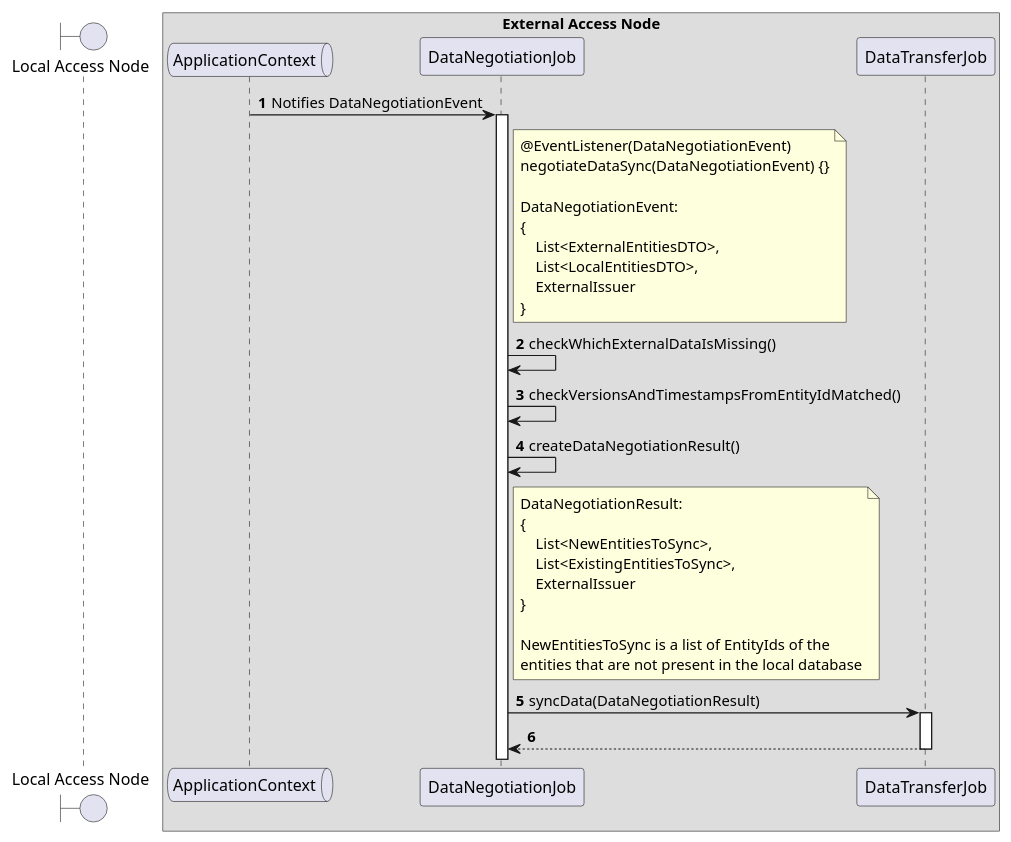
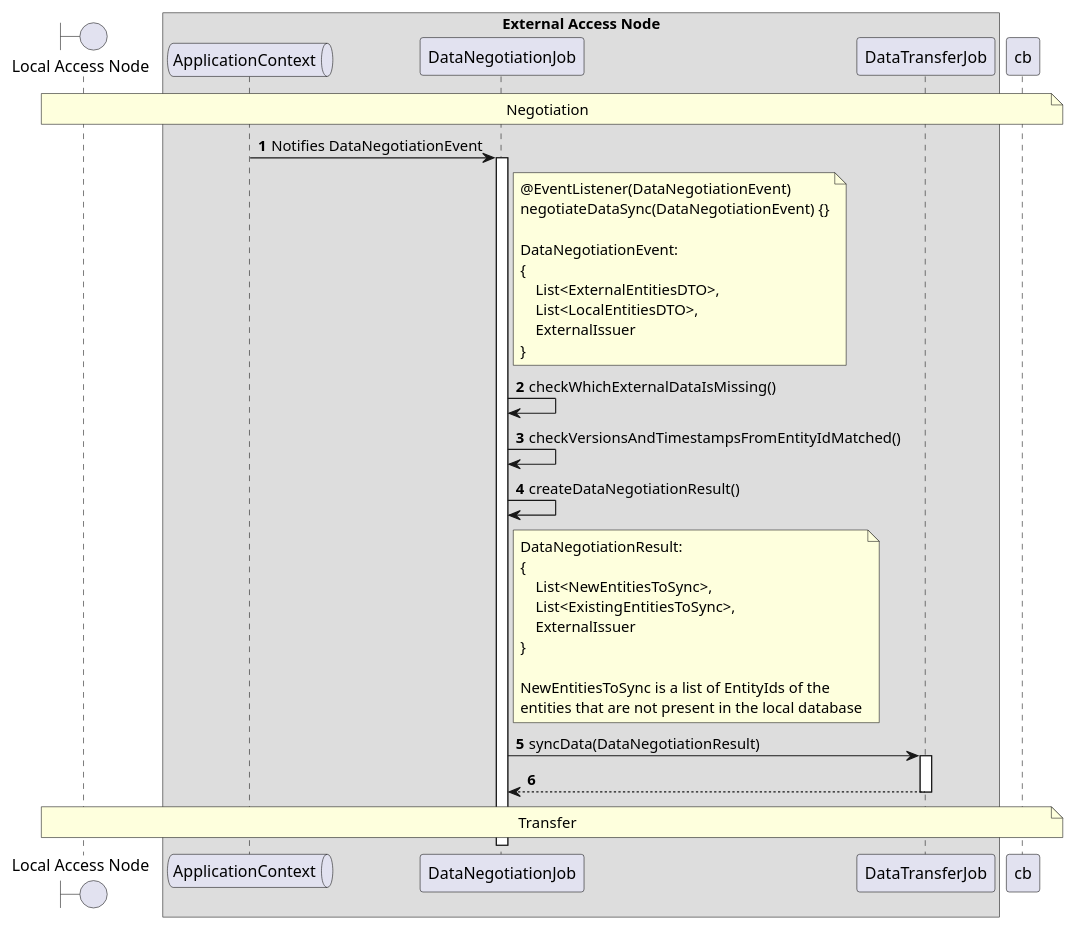
Before and after one commit to in2workspace/in2-guides: the diagram in desmos-tech-doc/diagrams/use-case-data-synchronization-3-external_negotiation_2.puml, drawn with PlantUML. The commit also changed 7 other files, not shown here.

```diff
--- a/desmos-tech-doc/diagrams/use-case-data-synchronization-3-external_negotiation_2.puml
+++ b/desmos-tech-doc/diagrams/use-case-data-synchronization-3-external_negotiation_2.puml
@@ -1,55 +1,62 @@
 @startuml
 'https://plantuml.com/sequence-diagram
 
 '---------- Config ----------------
 
 autonumber
 
 '---------- Header ----------------
 
 boundary "Local Access Node" as lan
 
 box "External Access Node"
   queue "ApplicationContext" as ac
   participant "DataNegotiationJob" as dnj
   participant "DataTransferJob" as dtj
 
 
 end box
 
 '---------- Diagram ----------------
+
+note over lan, cb
+    Negotiation
+end note
 
 ac -> dnj++: Notifies DataNegotiationEvent
 
 note right of dnj
     @EventListener(DataNegotiationEvent)
     negotiateDataSync(DataNegotiationEvent) {}
 
     DataNegotiationEvent:
     {
         List<ExternalEntitiesDTO>,
         List<LocalEntitiesDTO>,
         ExternalIssuer
     }
 end note
 
 dnj -> dnj: checkWhichExternalDataIsMissing()
 dnj -> dnj: checkVersionsAndTimestampsFromEntityIdMatched()
 dnj -> dnj: createDataNegotiationResult()
 note right of dnj
     DataNegotiationResult:
     {
         List<NewEntitiesToSync>,
         List<ExistingEntitiesToSync>,
         ExternalIssuer
     }
 
     NewEntitiesToSync is a list of EntityIds of the
     entities that are not present in the local database
 end note
 
 dnj -> dtj++: syncData(DataNegotiationResult)
 return
 
+note over lan, cb
+    Transfer
+end note
 
 @enduml
```
